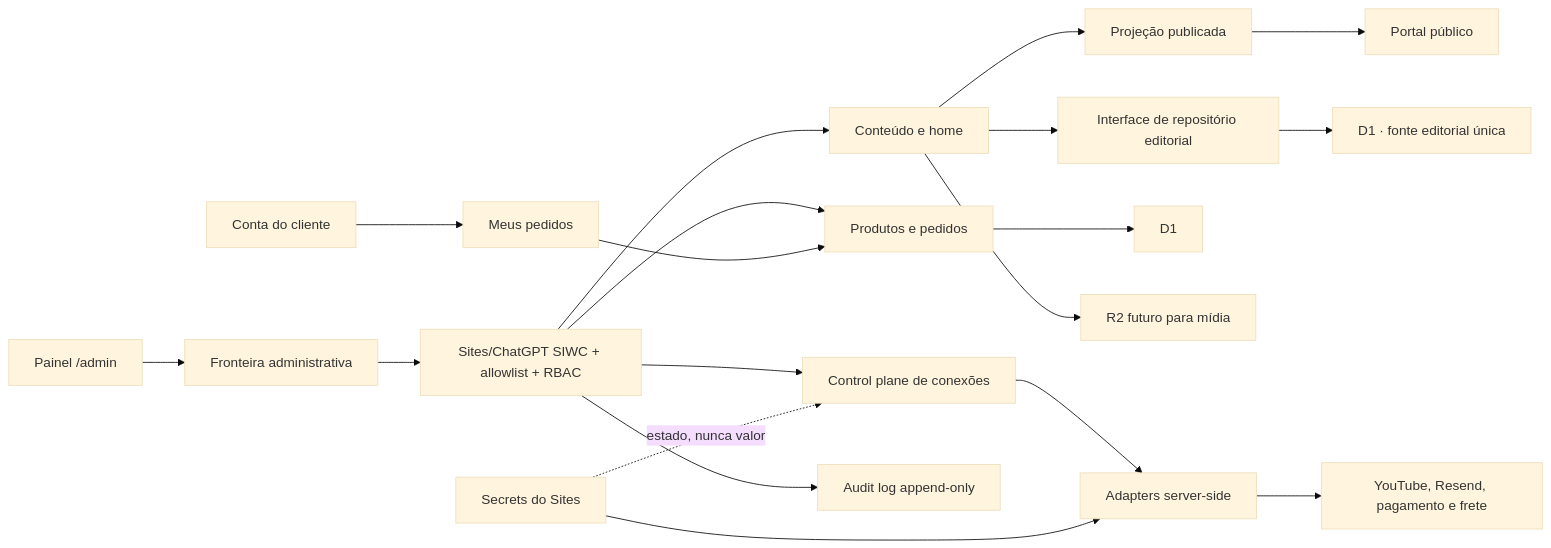
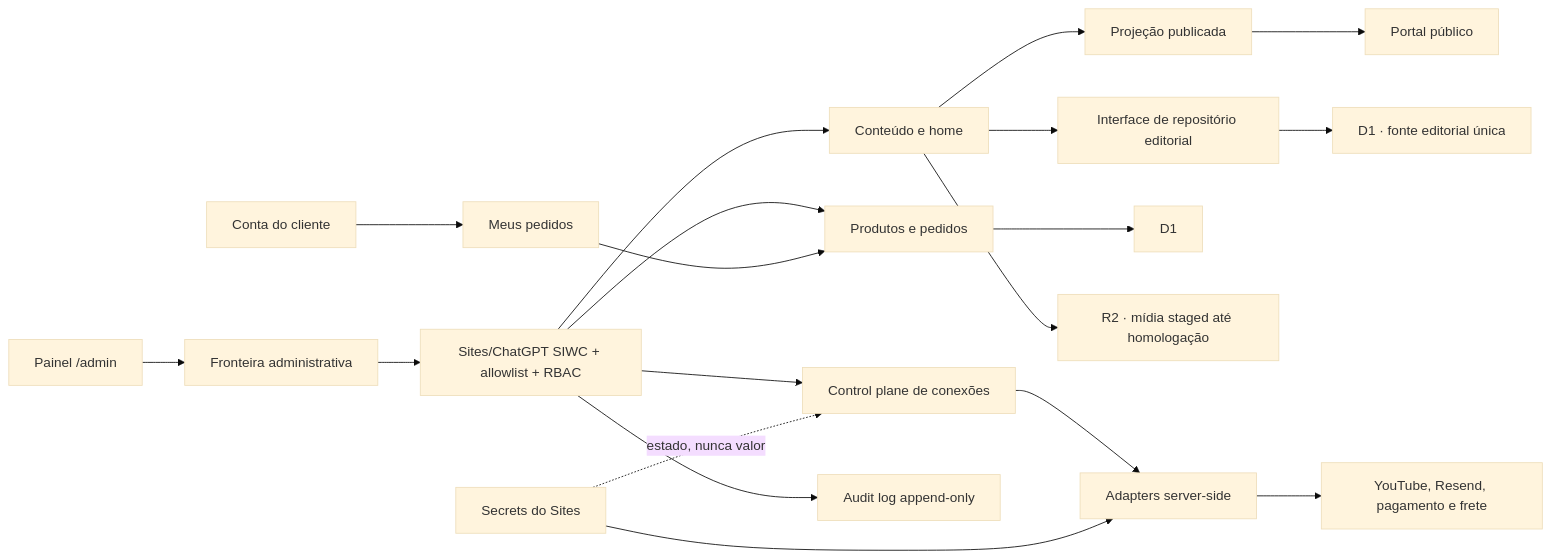
One commit to edubertin/blog-do-carro changed the diagram in docs/specs/admin-control-plane.md. Above: the diagram before and after it, drawn with Mermaid (base theme). The commit also changed other lines of this file and 40 other files, not shown here.

````diff
--- a/docs/specs/admin-control-plane.md
+++ b/docs/specs/admin-control-plane.md
@@ -66,21 +63,21 @@
 ```mermaid
 flowchart LR
   Admin["Painel /admin"] --> Boundary["Fronteira administrativa"]
   Boundary --> Auth["Sites/ChatGPT SIWC + allowlist + RBAC"]
   Auth --> Content["Conteúdo e home"]
   Auth --> Commerce["Produtos e pedidos"]
   Auth --> Control["Control plane de conexões"]
   Content --> Published["Projeção publicada"]
   Published --> Portal["Portal público"]
   Content --> Repository["Interface de repositório editorial"]
   Repository --> EditorialStore["D1 · fonte editorial única"]
   Commerce --> D1
-  Content --> R2["R2 futuro para mídia"]
+  Content --> R2["R2 · mídia staged até homologação"]
   Control --> Adapters["Adapters server-side"]
   Secrets["Secrets do Sites"] -. "estado, nunca valor" .-> Control
   Secrets --> Adapters
   Adapters --> External["YouTube, Resend, pagamento e frete"]
   Auth --> Audit["Audit log append-only"]
   Customer["Conta do cliente"] --> Orders["Meus pedidos"]
   Orders --> Commerce
 ```
````
